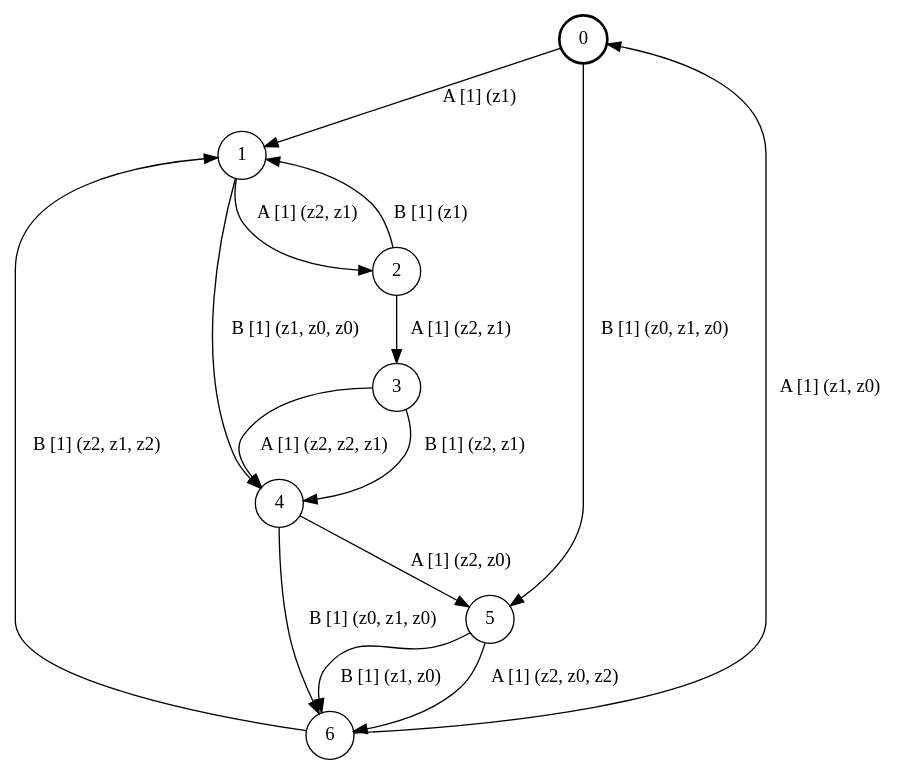
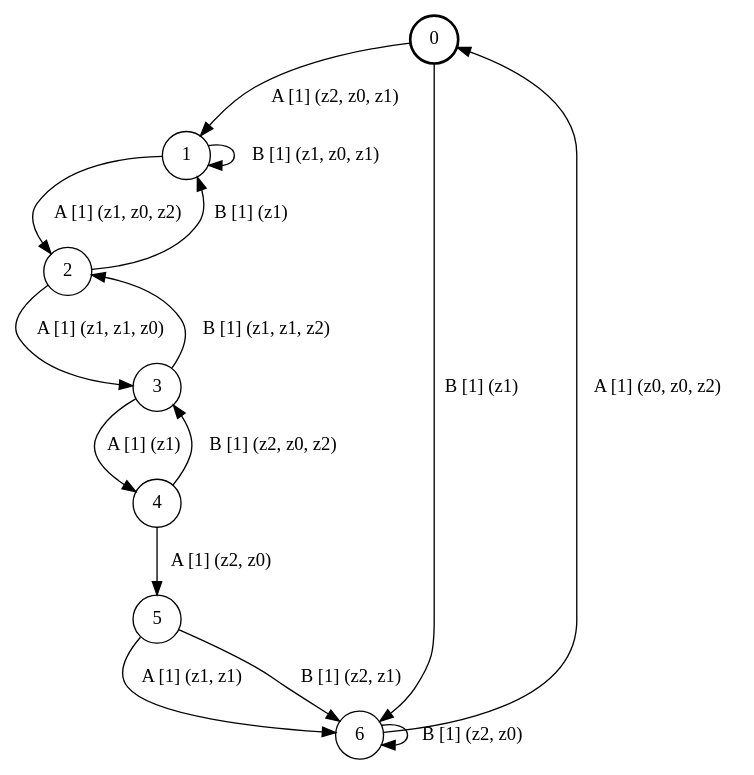
The diagram in qbf/testing/fsm_7s2e3a.dot (ulyantsev/EFSM-tools), drawn with Graphviz before and after one commit. The commit also changed 3063 other files, not shown here.

```diff
--- a/qbf/testing/fsm_7s2e3a.dot
+++ b/qbf/testing/fsm_7s2e3a.dot
@@ -1,20 +1,20 @@
 # generated file, don't try to modify
 # command: dot -Tpng <filename> > tree.png
 digraph Automaton {
     node [shape = circle];
     0 [style = "bold"];
-    0 -> 1 [label = "A [1] (z1) "];
-    0 -> 5 [label = "B [1] (z0, z1, z0) "];
-    1 -> 2 [label = "A [1] (z2, z1) "];
-    1 -> 4 [label = "B [1] (z1, z0, z0) "];
-    2 -> 3 [label = "A [1] (z2, z1) "];
+    0 -> 1 [label = "A [1] (z2, z0, z1) "];
+    0 -> 6 [label = "B [1] (z1) "];
+    1 -> 2 [label = "A [1] (z1, z0, z2) "];
+    1 -> 1 [label = "B [1] (z1, z0, z1) "];
+    2 -> 3 [label = "A [1] (z1, z1, z0) "];
     2 -> 1 [label = "B [1] (z1) "];
-    3 -> 4 [label = "A [1] (z2, z2, z1) "];
-    3 -> 4 [label = "B [1] (z2, z1) "];
+    3 -> 4 [label = "A [1] (z1) "];
+    3 -> 2 [label = "B [1] (z1, z1, z2) "];
     4 -> 5 [label = "A [1] (z2, z0) "];
-    4 -> 6 [label = "B [1] (z0, z1, z0) "];
-    5 -> 6 [label = "A [1] (z2, z0, z2) "];
-    5 -> 6 [label = "B [1] (z1, z0) "];
-    6 -> 0 [label = "A [1] (z1, z0) "];
-    6 -> 1 [label = "B [1] (z2, z1, z2) "];
+    4 -> 3 [label = "B [1] (z2, z0, z2) "];
+    5 -> 6 [label = "A [1] (z1, z1) "];
+    5 -> 6 [label = "B [1] (z2, z1) "];
+    6 -> 0 [label = "A [1] (z0, z0, z2) "];
+    6 -> 6 [label = "B [1] (z2, z0) "];
 }
```
